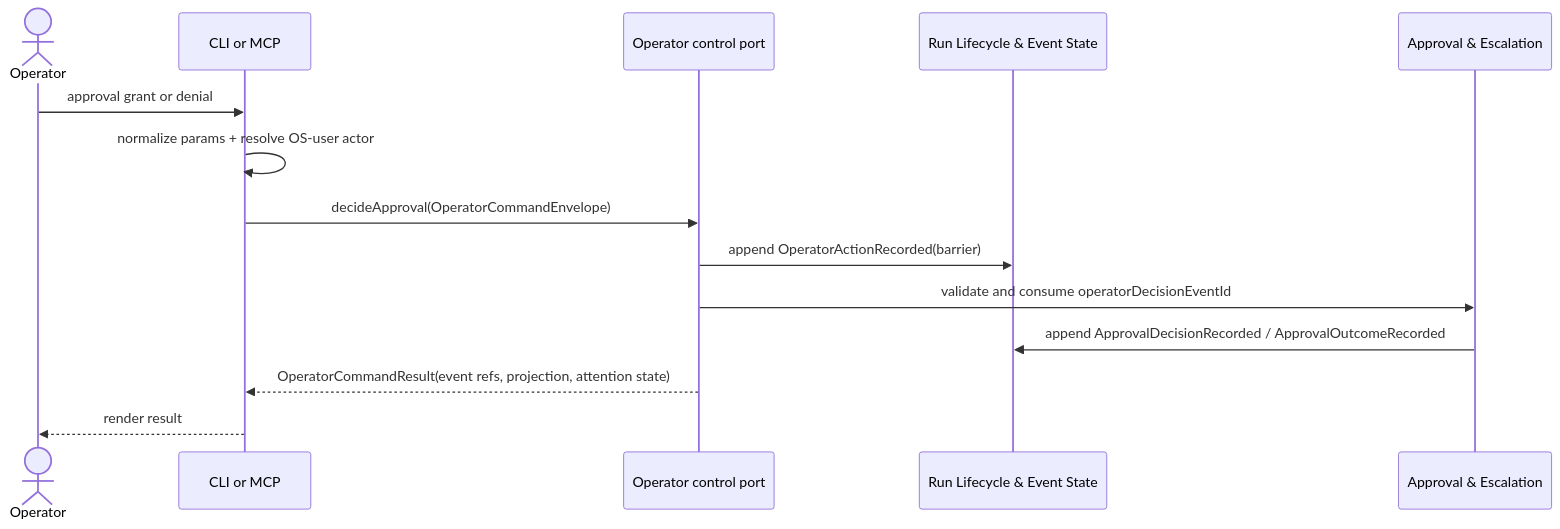
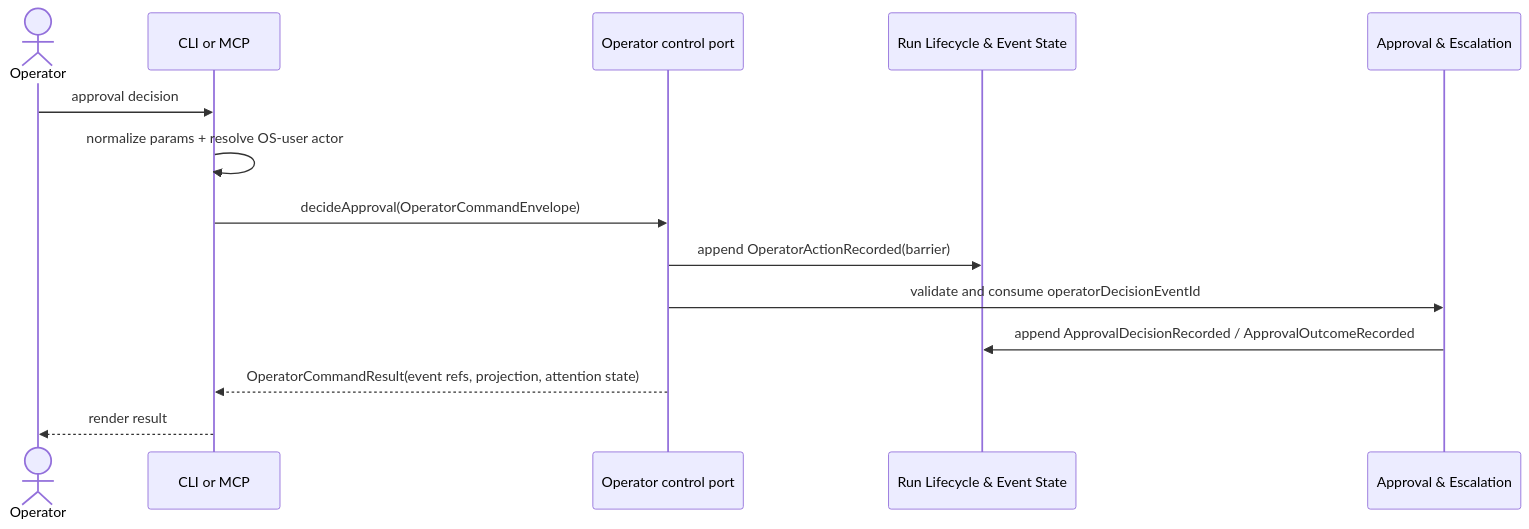
The second of 2 diagrams in docs/design/domains/edge-01-operator-surface/design.md (aryeko/agentic-workflow-kit), drawn with Mermaid before and after one commit. The commit also changed other lines of this file and 7 other files, not shown here.

````diff
--- a/docs/design/domains/edge-01-operator-surface/design.md
+++ b/docs/design/domains/edge-01-operator-surface/design.md
@@ -141,17 +143,17 @@
 ```mermaid
 sequenceDiagram
   actor Operator
   participant Edge as CLI or MCP
   participant OPC as Operator control port
   participant RL as Run Lifecycle & Event State
   participant APR as Approval & Escalation
 
-  Operator->>Edge: approval grant or denial
+  Operator->>Edge: approval decision
   Edge->>Edge: normalize params + resolve OS-user actor
   Edge->>OPC: decideApproval(OperatorCommandEnvelope)
   OPC->>RL: append OperatorActionRecorded(barrier)
   OPC->>APR: validate and consume operatorDecisionEventId
   APR->>RL: append ApprovalDecisionRecorded / ApprovalOutcomeRecorded
   OPC-->>Edge: OperatorCommandResult(event refs, projection, attention state)
   Edge-->>Operator: render result
 ```
````
